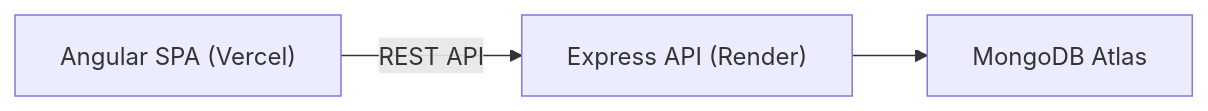
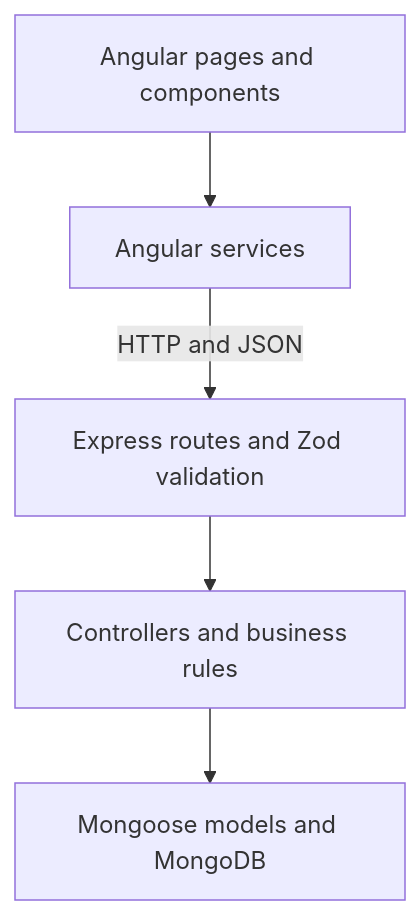
Before and after one commit to sophmophxx/webtech_project: the diagram in README.md, drawn with Mermaid. The commit also changed other lines of this file and 11 other files, not shown here.

````diff
--- a/README.md
+++ b/README.md
@@ -59,5 +177,7 @@
 ```mermaid
-flowchart LR
-    A["Angular SPA (Vercel)"] -->|"REST API"| B["Express API (Render)"]
-    B --> C["MongoDB Atlas"]
+flowchart TD
+    A["Angular pages and components"] --> B["Angular services"]
+    B -->|"HTTP and JSON"| C["Express routes and Zod validation"]
+    C --> D["Controllers and business rules"]
+    D --> E["Mongoose models and MongoDB"]
 ```
````
